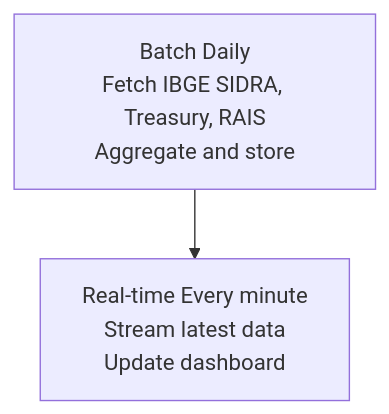
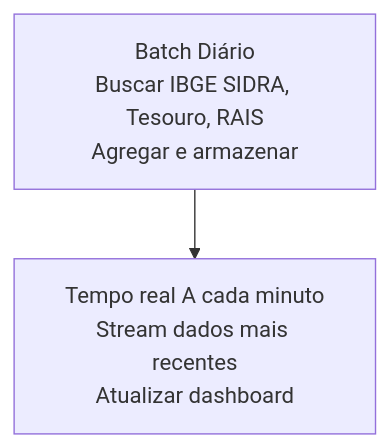
Before and after one commit to Quantilica/docs: the first of 4 diagrams in docs/concepts/pipelines.md, drawn with Mermaid. The commit also changed other lines of this file and 31 other files, not shown here.

````diff
--- a/docs/concepts/pipelines.md
+++ b/docs/concepts/pipelines.md
@@ -108,4 +108,4 @@
 ```mermaid
 graph TD
-    A["Batch Daily<br/>Fetch IBGE SIDRA, Treasury, RAIS<br/>Aggregate and store"] --> B["Real-time Every minute<br/>Stream latest data<br/>Update dashboard"]
+    A["Batch Diário<br/>Buscar IBGE SIDRA, Tesouro, RAIS<br/>Agregar e armazenar"] --> B["Tempo real A cada minuto<br/>Stream dados mais recentes<br/>Atualizar dashboard"]
 ```
````
